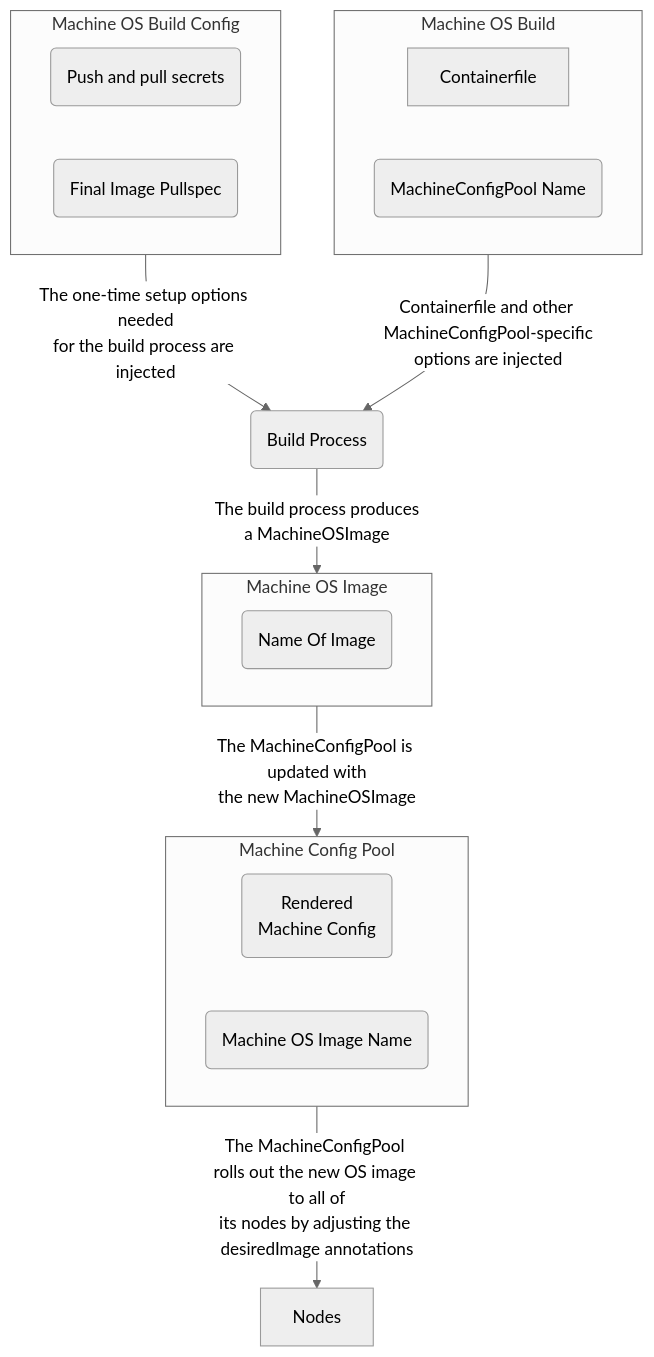
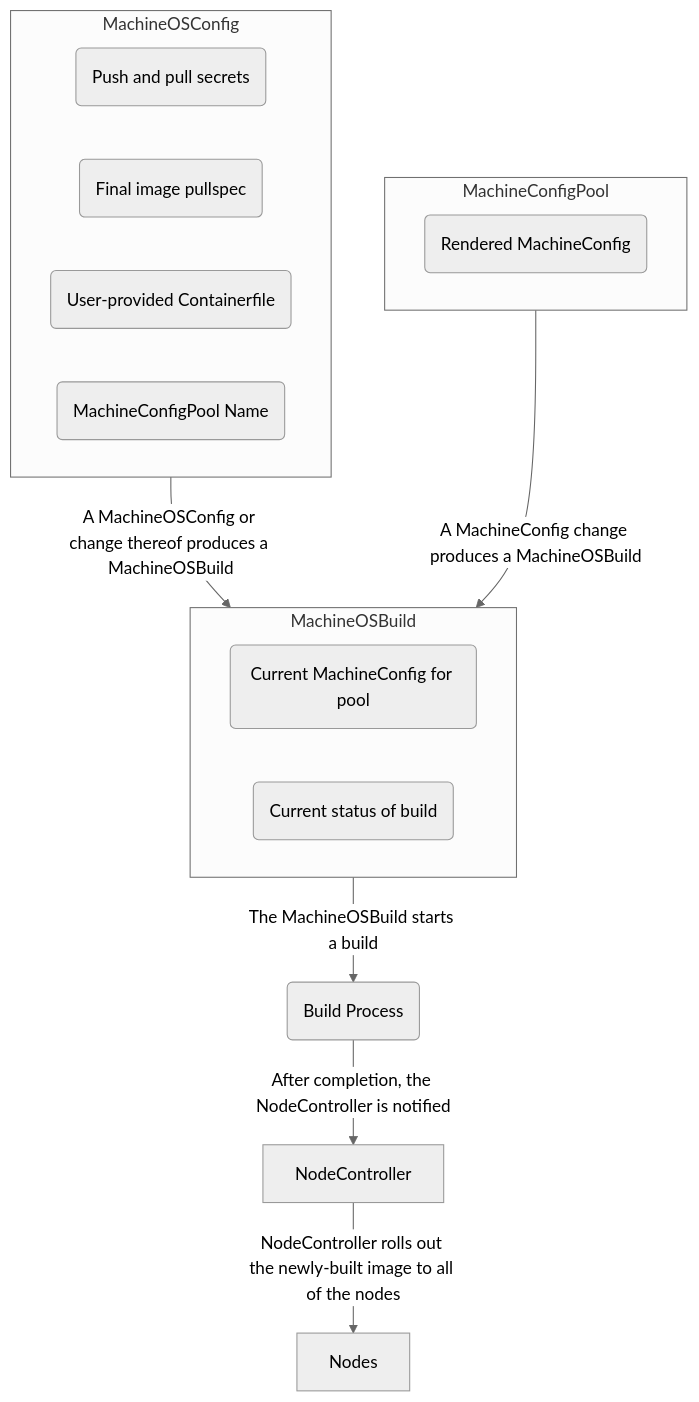
Before and after one commit to openshift/enhancements: the first of 5 diagrams in enhancements/machine-config/on-cluster-builds.md, drawn with Mermaid (neutral theme). The commit also changed other lines of this file, not shown here.

````diff
--- a/enhancements/machine-config/on-cluster-builds.md
+++ b/enhancements/machine-config/on-cluster-builds.md
@@ -191,28 +220,25 @@
 ```mermaid
 flowchart TB
-    subgraph MachineOSBuildConfig [Machine OS Build Config]
-      Secrets("Push and pull secrets")
-      FinalImagePullspec("Final image pullspec")
-    end
-
-    subgraph MachineOSBuild [Machine OS Build]
-      Containerfile
-      MCPName("MachineConfigPool Name")
+    subgraph MachineOSConfig [MachineOSConfig]
+        Secrets("Push and pull secrets")
+        FinalImagePullspec("Final image pullspec")
+        Containerfile("User-provided Containerfile")
+        MCPName("MachineConfigPool Name")
     end
     
-    subgraph MachineOSImage [Machine OS Image]
-      FinalImagePullspec("Final Image Pullspec")
-      NameOfImage("Name Of Image")
+    subgraph MachineConfigPool [MachineConfigPool]
+        RenderedMachineConfig("Rendered MachineConfig")
     end
     
-    subgraph MachineConfigPool [Machine Config Pool]
-      RenderedMachineConfig("Rendered\nMachine Config")
-      MachineOSImageName("Machine OS Image Name")
+    subgraph MachineOSBuild [MachineOSBuild]
+        MCPName("MachineConfigPool Name")
+        CurrentConfig("Current MachineConfig for pool")
+        Status("Current status of build")
     end
-    
-    MachineOSBuildConfig-->|The one-time setup options needed\nfor the build process are injected|BuildProcess("Build Process")
-    
-    MachineOSBuild-->|Containerfile and other MachineConfigPool-specific\noptions are injected|BuildProcess
-    BuildProcess-->|The build process produces\na MachineOSImage|MachineOSImage-->|The MachineConfigPool is updated with\nthe new MachineOSImage|MachineConfigPool
-    MachineConfigPool-->|The MachineConfigPool rolls out the new OS image to all of\nits nodes by adjusting the desiredImage annotations|Nodes
+       
+    MachineOSConfig-->|A MachineOSConfig or change thereof produces a MachineOSBuild|MachineOSBuild
+    MachineConfigPool-->|A MachineConfig change produces a MachineOSBuild|MachineOSBuild
+    MachineOSBuild-->|The MachineOSBuild starts a build|BuildProcess
+    BuildProcess("Build Process")-->|After completion, the NodeController is notified|NodeController
+    NodeController-->|NodeController rolls out the newly-built image to all of the nodes|Nodes
 ```
````
